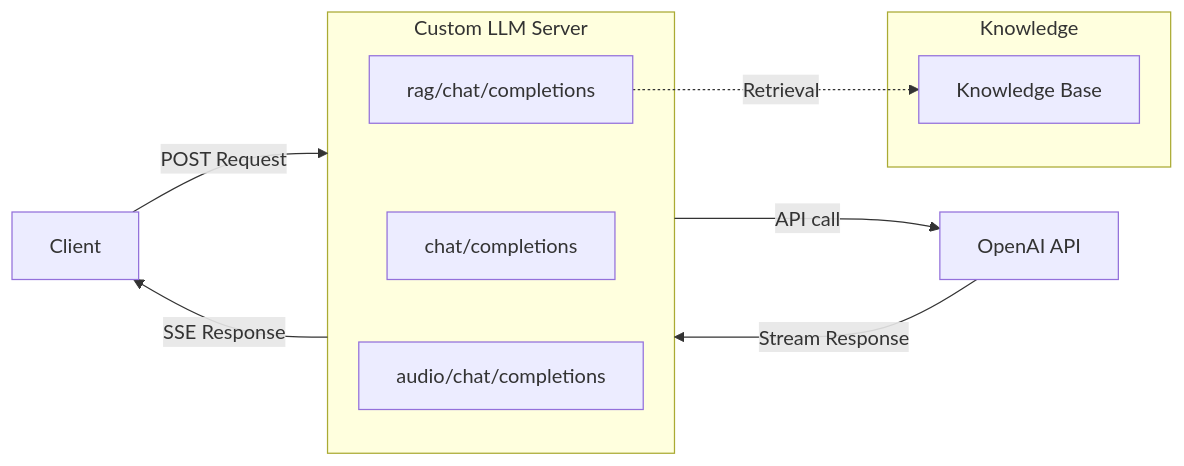
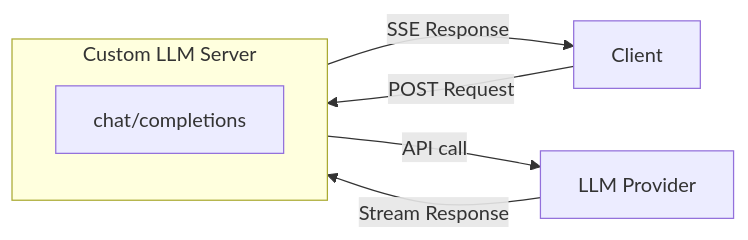
Before and after one commit to alienzh/Agora-AI-Recipes-Starter: the first of 2 diagrams in server-custom-llm/README.md, drawn with Mermaid. The commit also changed other lines of this file and 2 other files, not shown here.

Commit message:
feat(server-custom-llm): simplify Custom LLM service and add AI Studio integration guide

````diff
--- a/server-custom-llm/README.md
+++ b/server-custom-llm/README.md
@@ -70,22 +125,13 @@
 ```mermaid
 flowchart LR
     Client-->|POST Request|Server
 
     subgraph Server[Custom LLM Server]
         Basic["chat/completions"]
-        RAG["rag/chat/completions"]
-        Audio["audio/chat/completions"]
     end
-
 
     Server-->|SSE Response|Client
 
-    Server-->|API call|OpenAI[OpenAI API]
-    OpenAI-->|Stream Response|Server
-
-    subgraph Knowledge
-        KB[Knowledge Base]
-    end
-
-    RAG-.->|Retrieval|KB
+    Server-->|API call|LLM[LLM Provider]
+    LLM-->|Stream Response|Server
 ```
````
